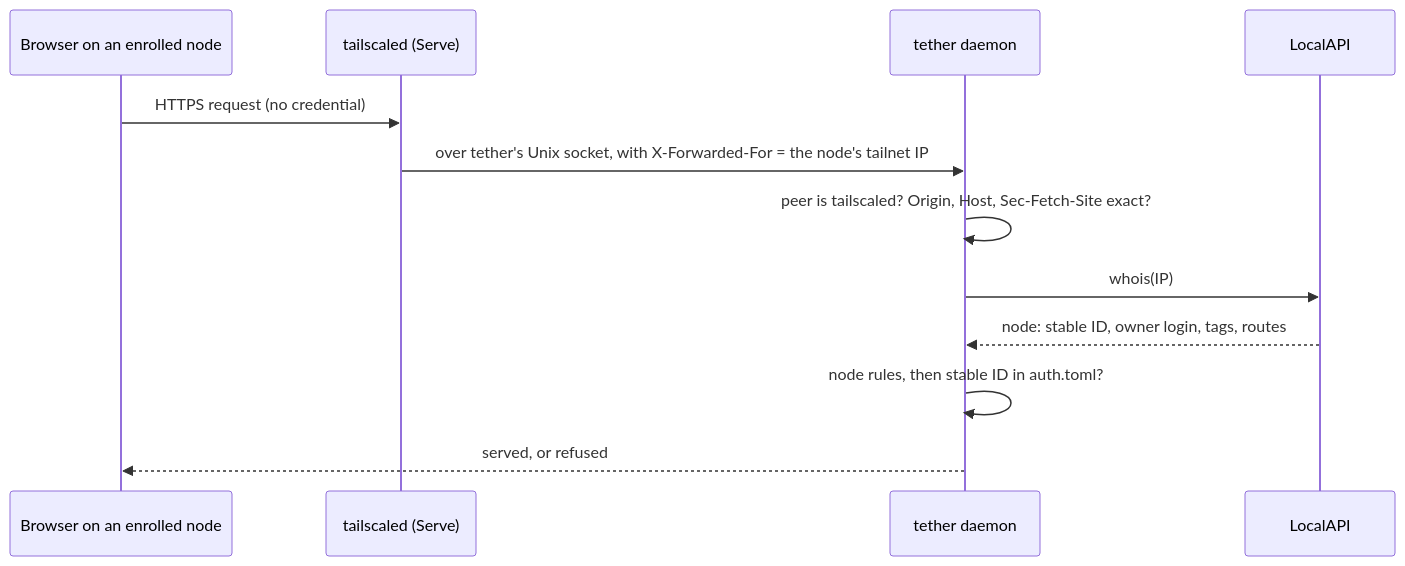
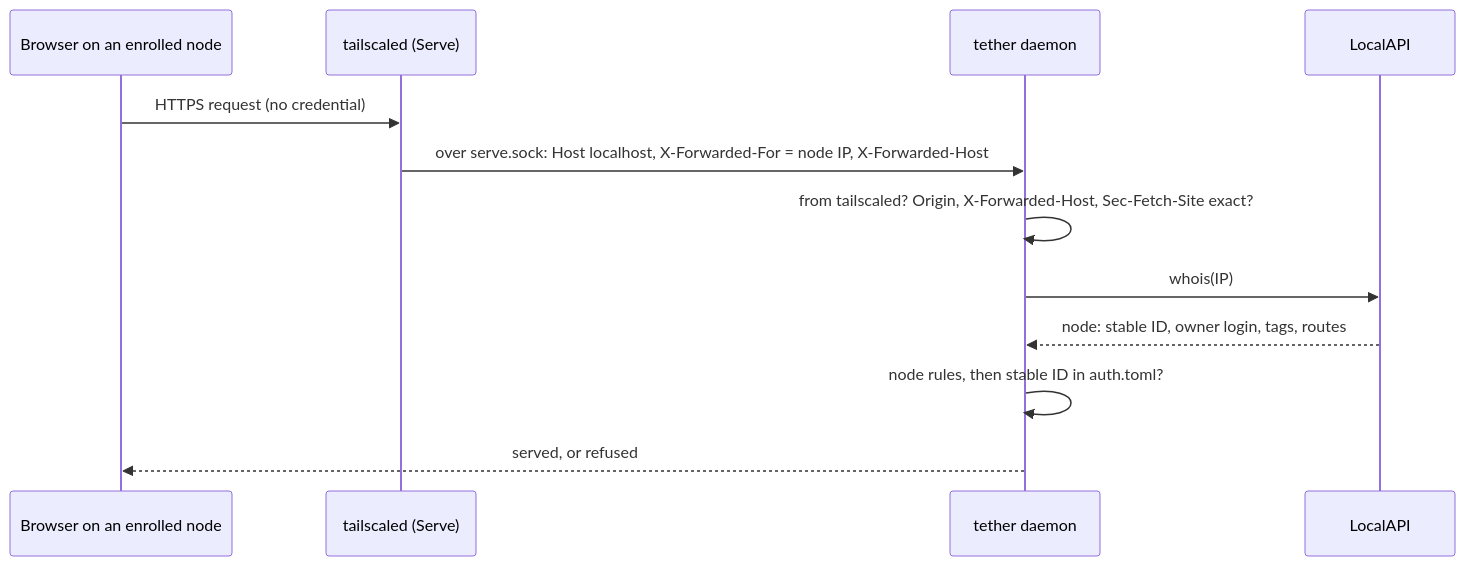
The diagram in .meridian/work/tether-mvp/design/browser-auth.md (haowjy/tether), drawn with Mermaid before and after one commit. The commit also changed other lines of this file and 1 other file, not shown here.

````diff
--- a/.meridian/work/tether-mvp/design/browser-auth.md
+++ b/.meridian/work/tether-mvp/design/browser-auth.md
@@ -20,14 +20,14 @@
 ```mermaid
 sequenceDiagram
   participant B as Browser on an enrolled node
   participant S as tailscaled (Serve)
   participant D as tether daemon
   participant L as LocalAPI
   B->>S: HTTPS request (no credential)
-  S->>D: over tether's Unix socket, with X-Forwarded-For = the node's tailnet IP
-  D->>D: peer is tailscaled? Origin, Host, Sec-Fetch-Site exact?
+  S->>D: over serve.sock: Host localhost, X-Forwarded-For = node IP, X-Forwarded-Host
+  D->>D: from tailscaled? Origin, X-Forwarded-Host, Sec-Fetch-Site exact?
   D->>L: whois(IP)
   L-->>D: node: stable ID, owner login, tags, routes
   D->>D: node rules, then stable ID in auth.toml?
   D-->>B: served, or refused
 ```
````
